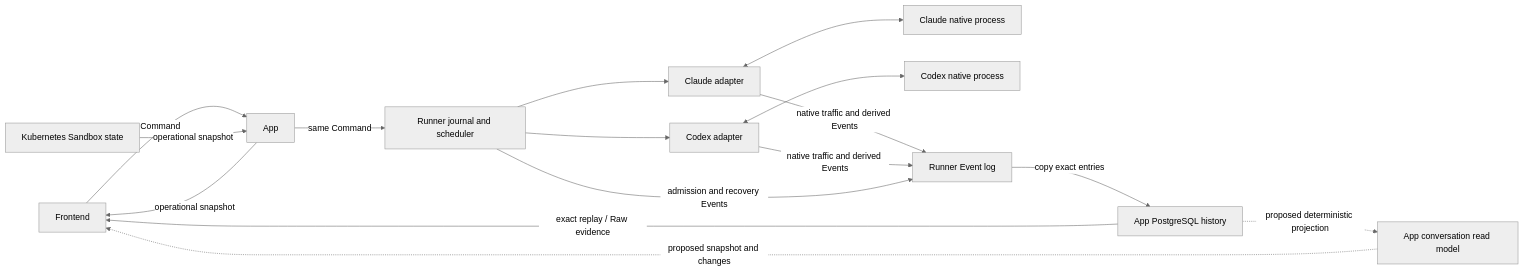
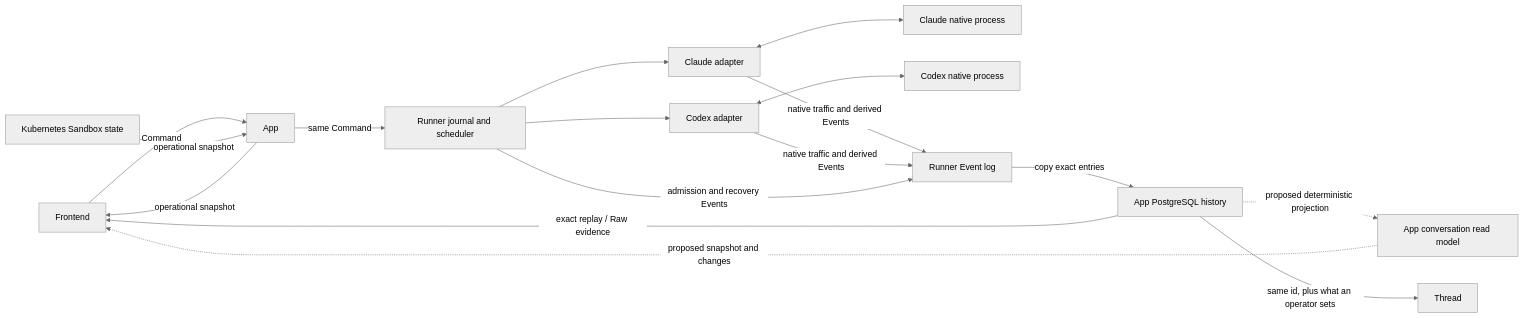
One commit to agentydragon/ducktape changed the first of 6 diagrams in agentplane/docs/thread_layering.md. Above: the diagram before and after it, drawn with Mermaid (neutral theme). The commit also changed other lines of this file and 1 other file, not shown here.

First line of the commit message:
agentplane: the event log sits below the thread in the layering design

````diff
--- a/agentplane/docs/thread_layering.md
+++ b/agentplane/docs/thread_layering.md
@@ -34,18 +34,19 @@
 ```mermaid
 flowchart LR
     F[Frontend] -->|Command| A[App]
     A -->|same Command| R[Runner journal and scheduler]
     R --> C[Claude adapter]
     R --> D[Codex adapter]
     C <--> H1[Claude native process]
     D <--> H2[Codex native process]
     C -->|native traffic and derived Events| E[Runner Event log]
     D -->|native traffic and derived Events| E
     R -->|admission and recovery Events| E
     E -->|copy exact entries| P[App PostgreSQL history]
     P -->|exact replay / Raw evidence| F
     P -. proposed deterministic projection .-> V[App conversation read model]
+    P -->|same id, plus what an operator sets| T[Thread]
     V -. proposed snapshot and changes .-> F
     K[Kubernetes Sandbox state] -->|operational snapshot| A
     A -->|operational snapshot| F
 ```
````
